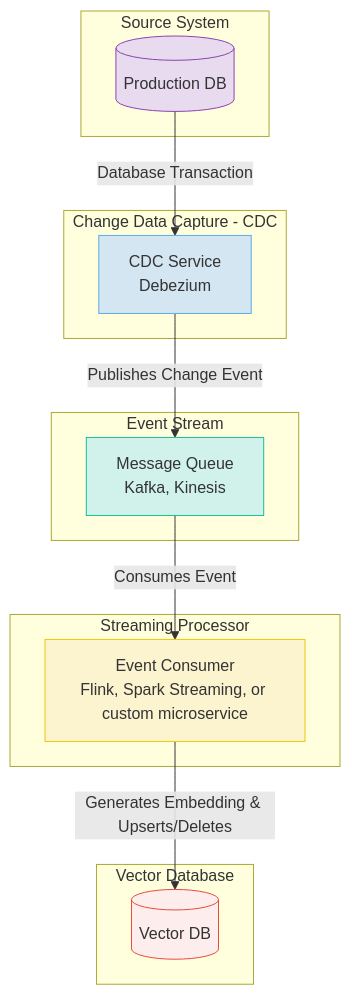
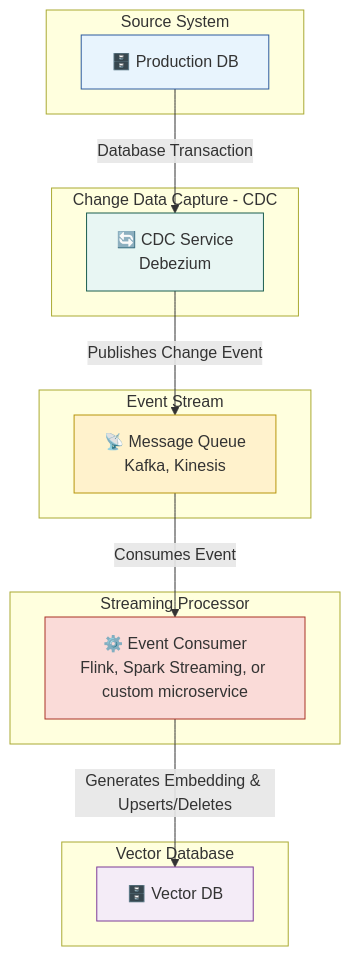
Before and after one commit to raphaelmansuy/tutorials: the fourth of 4 diagrams in 32_embeddings/07_scaling_embeddings_from_prototype_to_production.md, drawn with Mermaid. The commit also changed other lines of this file and 6 other files, not shown here.

````diff
--- a/32_embeddings/07_scaling_embeddings_from_prototype_to_production.md
+++ b/32_embeddings/07_scaling_embeddings_from_prototype_to_production.md
@@ -323,33 +321,34 @@
 ```mermaid
 flowchart TD
     subgraph "Source System"
-        SourceDB[(Production DB)]
+        SourceDB[🗄️ Production DB]
     end
 
     subgraph "Change Data Capture - CDC"
-        CDC[CDC Service<br/>Debezium]
+        CDC[🔄 CDC Service<br/>Debezium]
     end
 
     subgraph "Event Stream"
-        Kafka[Message Queue<br/>Kafka, Kinesis]
+        Kafka[📡 Message Queue<br/>Kafka, Kinesis]
     end
 
     subgraph "Streaming Processor"
-        Processor[Event Consumer<br/>Flink, Spark Streaming, or custom microservice]
+        Processor[⚙️ Event Consumer<br/>Flink, Spark Streaming, or custom microservice]
     end
 
     subgraph "Vector Database"
-        VectorDB[(Vector DB)]
+        VectorDB[🗄️ Vector DB]
     end
 
     SourceDB -- "Database Transaction" --> CDC
     CDC -- "Publishes Change Event" --> Kafka
     Kafka -- "Consumes Event" --> Processor
     Processor -- "Generates Embedding & Upserts/Deletes" --> VectorDB
 
-    style SourceDB fill:#E8DAEF,stroke:#8E44AD
-    style CDC fill:#D4E6F1,stroke:#5DADE2
-    style Kafka fill:#D1F2EB,stroke:#1ABC9C
-    style Processor fill:#FCF3CF,stroke:#F1C40F
-    style VectorDB fill:#FDEDEC,stroke:#E74C3C
+    %% Professional Color Palette (High Contrast Pastels)
+    style SourceDB fill:#E8F4FD,stroke:#2C5AA0
+    style CDC fill:#E8F6F3,stroke:#1B5E4F
+    style Kafka fill:#FFF2CC,stroke:#B7950B
+    style Processor fill:#FADBD8,stroke:#A93226
+    style VectorDB fill:#F4ECF7,stroke:#7D3C98
 ```
````
